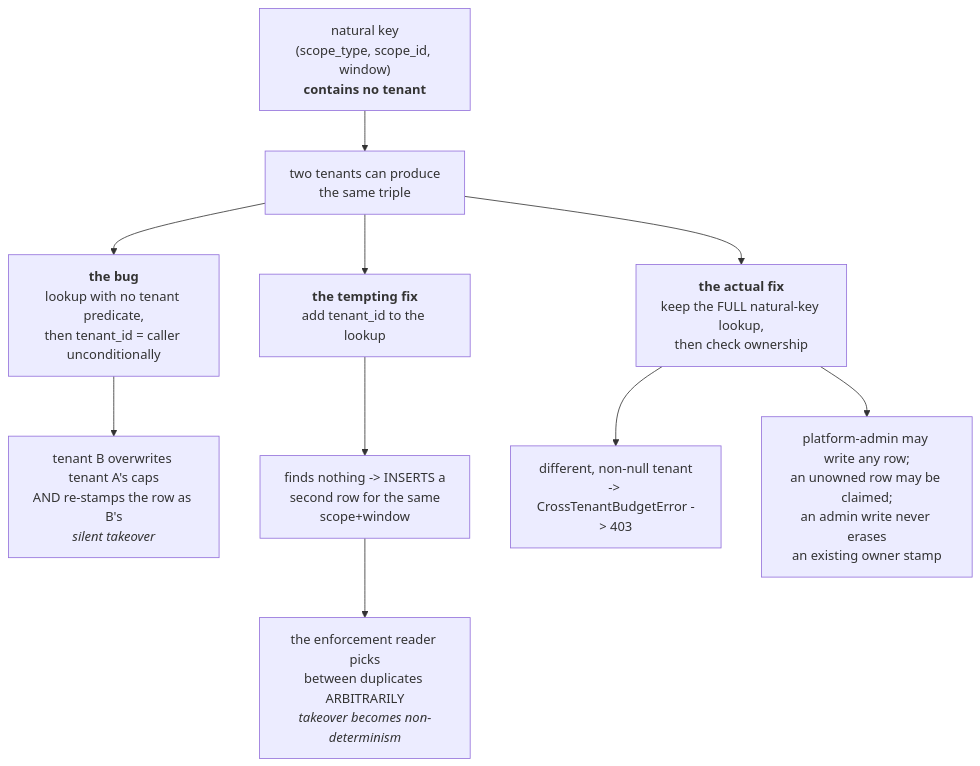
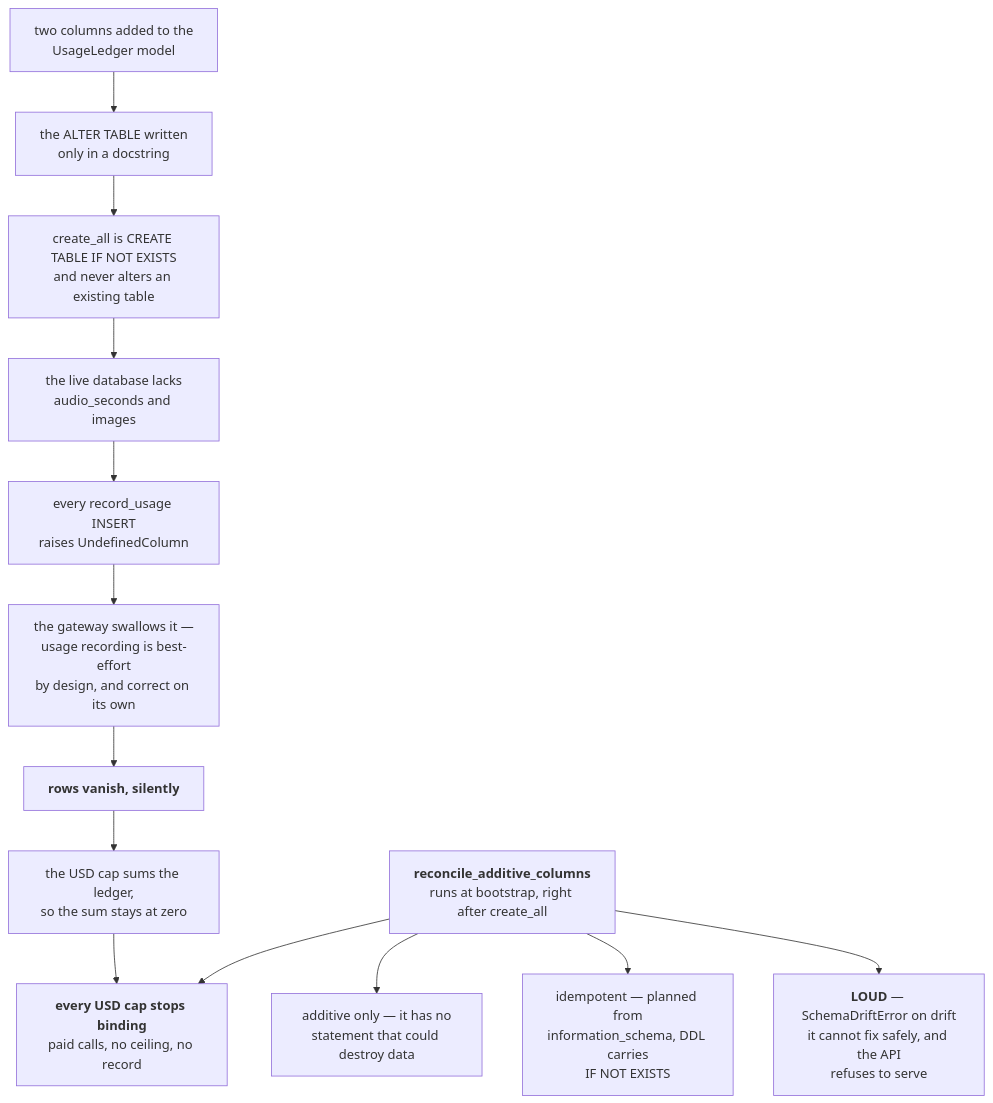
The fifth of 5 diagrams in docs/teaching/governance/40-diagrams.md (yrevash/aegis), drawn with Mermaid before and after one commit. The commit also changed other lines of this file and 111 other files, not shown here.

````diff
--- a/docs/teaching/governance/40-diagrams.md
+++ b/docs/teaching/governance/40-diagrams.md
@@ -202,15 +140,16 @@
 ```mermaid
 flowchart TB
-    K["natural key<br/>(scope_type, scope_id, window)<br/><b>contains no tenant</b>"] --> COLL["two tenants can produce<br/>the same triple"]
+    ADD["two columns added to the<br/>UsageLedger model"] --> DOC["the ALTER TABLE written<br/>only in a docstring"]
+    DOC --> CA["create_all is CREATE TABLE IF NOT EXISTS<br/>and never alters an existing table"]
+    CA --> MISS["the live database lacks<br/>audio_seconds and images"]
+    MISS --> INS["every record_usage INSERT<br/>raises UndefinedColumn"]
+    INS --> SWAL["the gateway swallows it —<br/>usage recording is best-effort<br/>by design, and correct on its own"]
+    SWAL --> LOST["<b>rows vanish, silently</b>"]
+    LOST --> SUM["the USD cap sums the ledger,<br/>so the sum stays at zero"]
+    SUM --> NOCAP["<b>every USD cap stops binding</b><br/>paid calls, no ceiling, no record"]
 
-    COLL --> OLD["<b>the bug</b><br/>lookup with no tenant predicate,<br/>then tenant_id = caller unconditionally"]
-    OLD --> TAKE["tenant B overwrites tenant A's caps<br/>AND re-stamps the row as B's<br/><i>silent takeover</i>"]
-
-    COLL --> NAIVE["<b>the tempting fix</b><br/>add tenant_id to the lookup"]
-    NAIVE --> DUP["finds nothing -> INSERTS a<br/>second row for the same<br/>scope+window"]
-    DUP --> ARB["the enforcement reader picks<br/>between duplicates ARBITRARILY<br/><i>takeover becomes non-determinism</i>"]
-
-    COLL --> GOOD["<b>the actual fix</b><br/>keep the FULL natural-key lookup,<br/>then check ownership"]
-    GOOD --> REF["different, non-null tenant<br/>-> CrossTenantBudgetError -> 403"]
-    GOOD --> ALLOW["platform-admin may write any row;<br/>an unowned row may be claimed;<br/>an admin write never erases<br/>an existing owner stamp"]
+    FIX["<b>reconcile_additive_columns</b><br/>runs at bootstrap, right after create_all"] --> NOCAP
+    FIX --> P1["additive only — it has no<br/>statement that could destroy data"]
+    FIX --> P2["idempotent — planned from<br/>information_schema, DDL carries<br/>IF NOT EXISTS"]
+    FIX --> P3["<b>LOUD</b> — SchemaDriftError on drift<br/>it cannot fix safely, and the API<br/>refuses to serve"]
 ```
````
